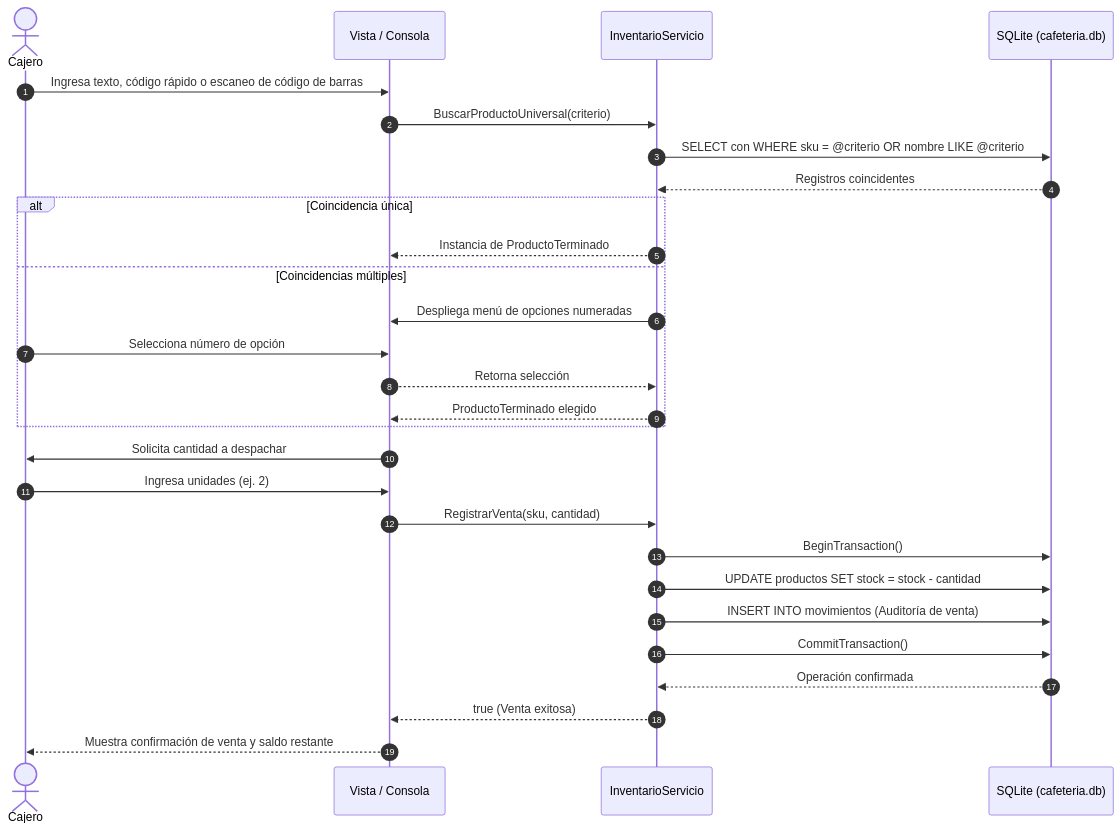
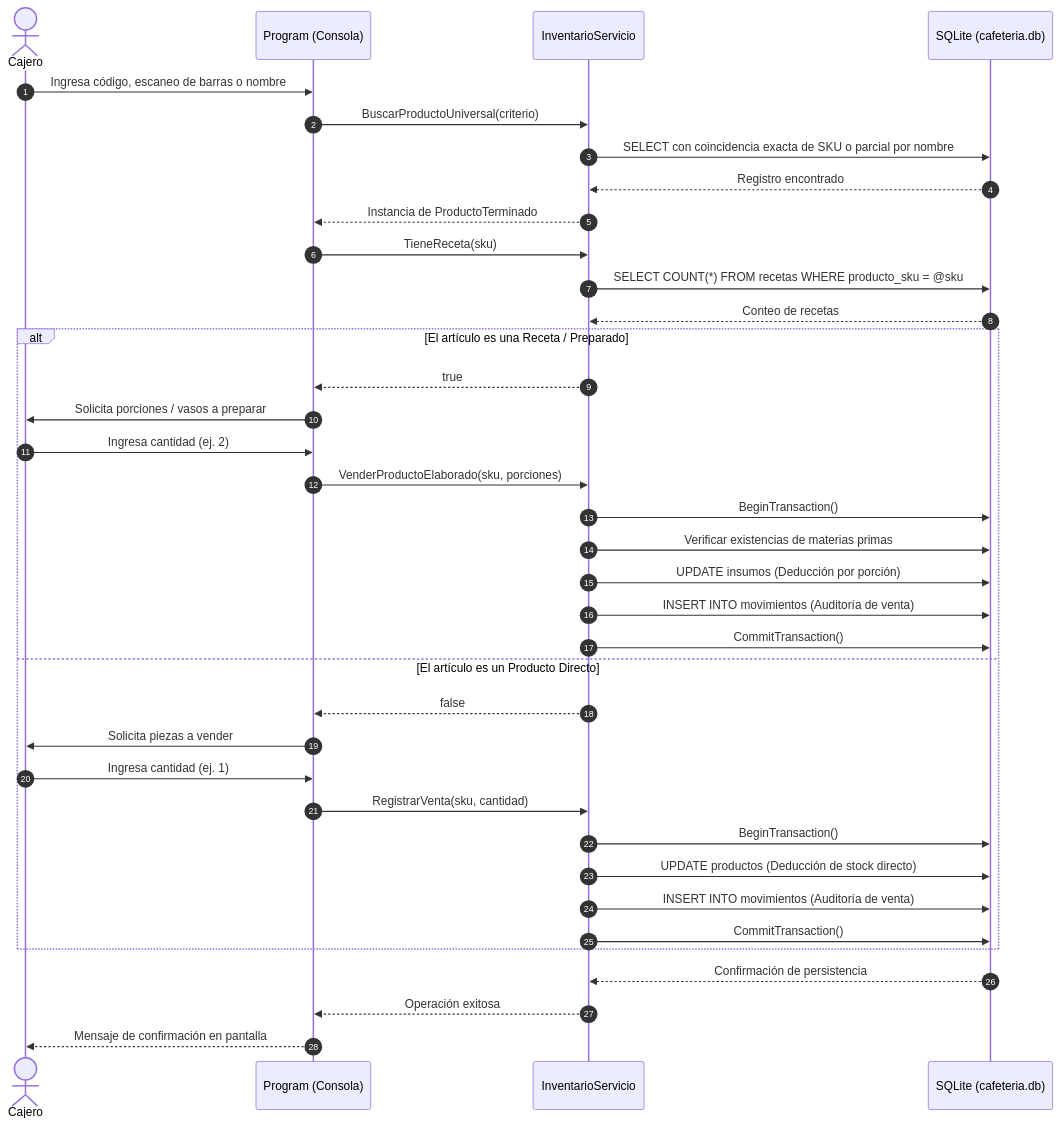
The second of 2 diagrams in README.md (SoyAdrif/CafeteriaITCHII), drawn with Mermaid before and after one commit. The commit also changed other lines of this file, not shown here.

Commit message:
docs: actualizacion de UML con reabastecimiento, recetas dinamicas y borrado de catalogo

````diff
--- a/README.md
+++ b/README.md
@@ -123,32 +124,43 @@
 ```mermaid
 sequenceDiagram
     autonumber
     actor Cajero
-    participant Program as Vista / Consola
-    participant Inventario as InventarioServicio
+    participant Vista as Program (Consola)
+    participant Servicio as InventarioServicio
     participant BD as SQLite (cafeteria.db)
 
-    Cajero->>Program: Ingresa texto, código rápido o escaneo de código de barras
-    Program->>Inventario: BuscarProductoUniversal(criterio)
-    Inventario->>BD: SELECT con WHERE sku = @criterio OR nombre LIKE @criterio
-    BD-->>Inventario: Registros coincidentes
-    alt Coincidencia única
-        Inventario-->>Program: Instancia de ProductoTerminado
-    else Coincidencias múltiples
-        Inventario->>Program: Despliega menú de opciones numeradas
-        Cajero->>Program: Selecciona número de opción
-        Program-->>Inventario: Retorna selección
-        Inventario-->>Program: ProductoTerminado elegido
+    Cajero->>Vista: Ingresa código, escaneo de barras o nombre
+    Vista->>Servicio: BuscarProductoUniversal(criterio)
+    Servicio->>BD: SELECT con coincidencia exacta de SKU o parcial por nombre
+    BD-->>Servicio: Registro encontrado
+    Servicio-->>Vista: Instancia de ProductoTerminado
+
+    Vista->>Servicio: TieneReceta(sku)
+    Servicio->>BD: SELECT COUNT(*) FROM recetas WHERE producto_sku = @sku
+    BD-->>Servicio: Conteo de recetas
+
+    alt El artículo es una Receta / Preparado
+        Servicio-->>Vista: true
+        Vista->>Cajero: Solicita porciones / vasos a preparar
+        Cajero->>Vista: Ingresa cantidad (ej. 2)
+        Vista->>Servicio: VenderProductoElaborado(sku, porciones)
+        Servicio->>BD: BeginTransaction()
+        Servicio->>BD: Verificar existencias de materias primas
+        Servicio->>BD: UPDATE insumos (Deducción por porción)
+        Servicio->>BD: INSERT INTO movimientos (Auditoría de venta)
+        Servicio->>BD: CommitTransaction()
+    else El artículo es un Producto Directo
+        Servicio-->>Vista: false
+        Vista->>Cajero: Solicita piezas a vender
+        Cajero->>Vista: Ingresa cantidad (ej. 1)
+        Vista->>Servicio: RegistrarVenta(sku, cantidad)
+        Servicio->>BD: BeginTransaction()
+        Servicio->>BD: UPDATE productos (Deducción de stock directo)
+        Servicio->>BD: INSERT INTO movimientos (Auditoría de venta)
+        Servicio->>BD: CommitTransaction()
     end
 
-    Program->>Cajero: Solicita cantidad a despachar
-    Cajero->>Program: Ingresa unidades (ej. 2)
-    Program->>Inventario: RegistrarVenta(sku, cantidad)
-    Inventario->>BD: BeginTransaction()
-    Inventario->>BD: UPDATE productos SET stock = stock - cantidad
-    Inventario->>BD: INSERT INTO movimientos (Auditoría de venta)
-    Inventario->>BD: CommitTransaction()
-    BD-->>Inventario: Operación confirmada
-    Inventario-->>Program: true (Venta exitosa)
-    Program-->>Cajero: Muestra confirmación de venta y saldo restante
+    BD-->>Servicio: Confirmación de persistencia
+    Servicio-->>Vista: Operación exitosa
+    Vista-->>Cajero: Mensaje de confirmación en pantalla
 ```
````
